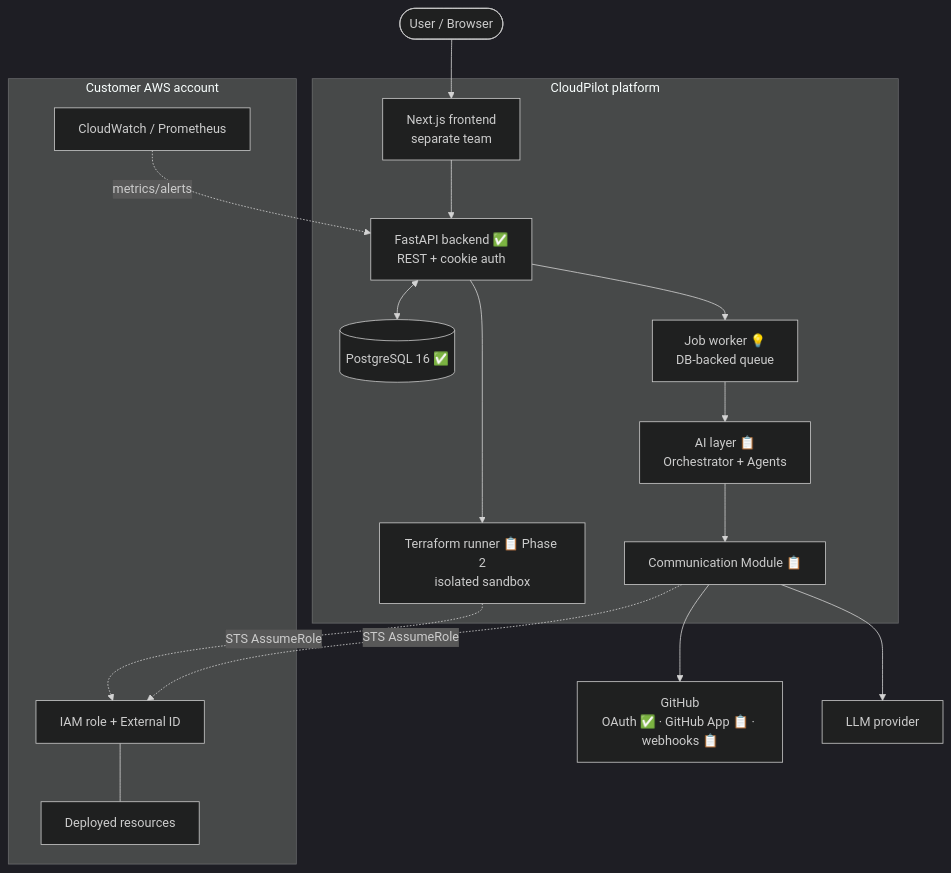
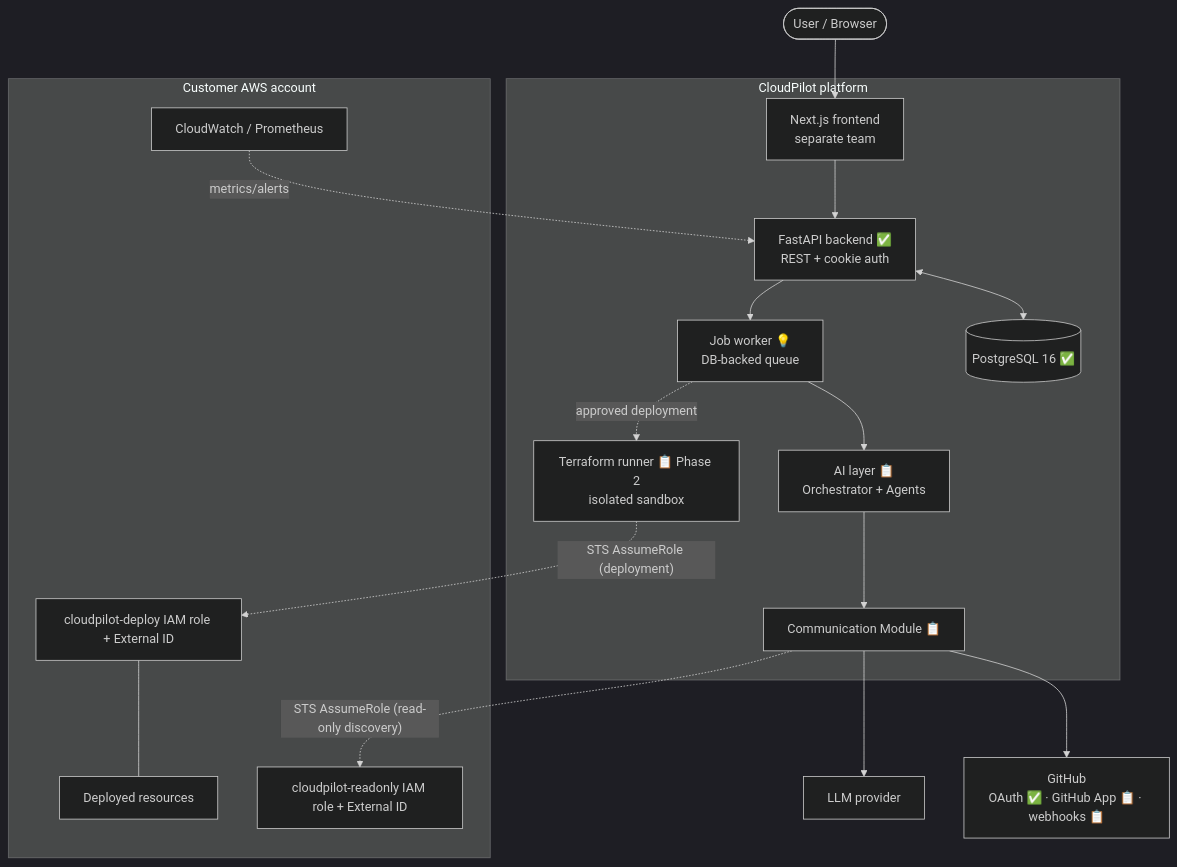
The first of 3 diagrams in project_context/02-system-architecture.md (cloudcopolit/ai-cloud-deployment-platform), drawn with Mermaid (dark theme) before and after one commit. The commit also changed 17 other files, not shown here.

````diff
--- a/project_context/02-system-architecture.md
+++ b/project_context/02-system-architecture.md
@@ -8,33 +8,34 @@
 ```mermaid
 flowchart TB
     user([User / Browser])
     subgraph CP[CloudPilot platform]
         fe[Next.js frontend<br/>separate team]
         api[FastAPI backend ✅<br/>REST + cookie auth]
         ai[AI layer 📋<br/>Orchestrator + Agents]
         comm[Communication Module 📋]
         db[(PostgreSQL 16 ✅)]
         worker[Job worker 💡<br/>DB-backed queue]
         tf[Terraform runner 📋 Phase 2<br/>isolated sandbox]
     end
     gh[GitHub<br/>OAuth ✅ · GitHub App 📋 · webhooks 📋]
     llm[LLM provider]
     subgraph CUST[Customer AWS account]
-        role[IAM role + External ID]
+        readonly[cloudpilot-readonly IAM role + External ID]
+        deploy[cloudpilot-deploy IAM role + External ID]
         res[Deployed resources]
         mon[CloudWatch / Prometheus]
     end
 
     user --> fe --> api
     api <--> db
     api --> worker
     worker --> ai
     ai --> comm
     comm --> gh
     comm --> llm
-    comm -. STS AssumeRole .-> role
-    tf -. STS AssumeRole .-> role
-    role --- res
+    comm -. STS AssumeRole (read-only discovery) .-> readonly
+    tf -. STS AssumeRole (deployment) .-> deploy
+    deploy --- res
     mon -. metrics/alerts .-> api
-    api --> tf
+    worker -. approved deployment .-> tf
 ```
````
